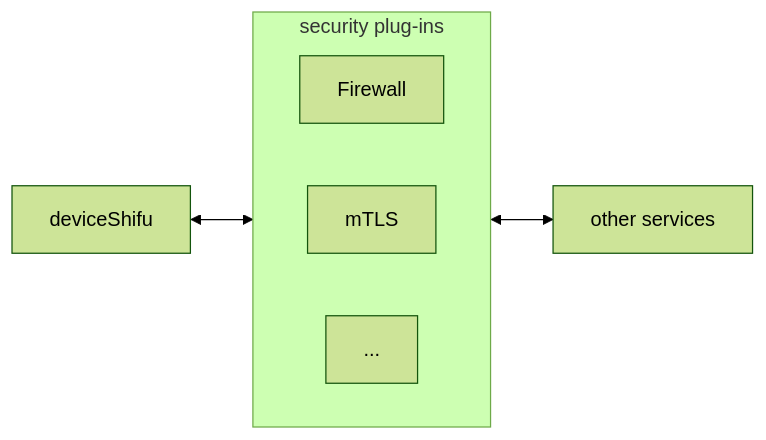
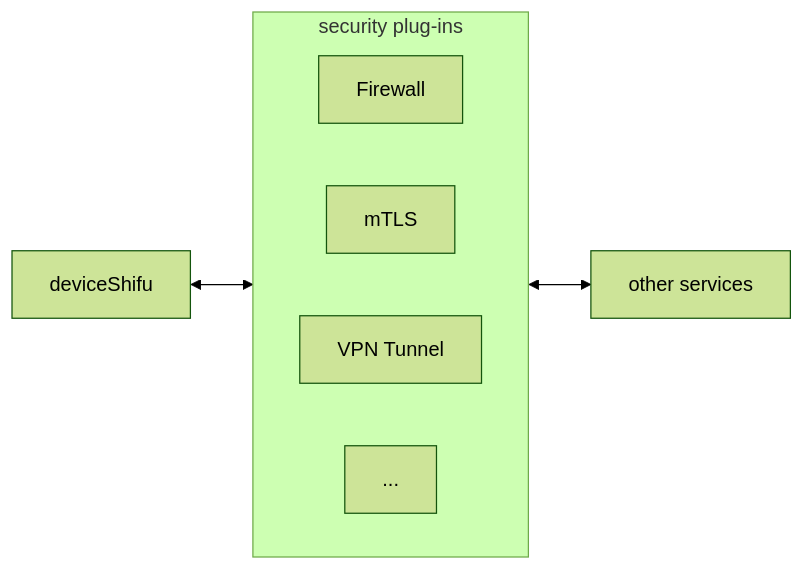
The fourth of 7 diagrams in docs/design/design-deviceShifu-zh.md (Edgenesis/shifu), drawn with Mermaid (forest theme) before and after one commit. The commit also changed other lines of this file, not shown here.

````diff
--- a/docs/design/design-deviceShifu-zh.md
+++ b/docs/design/design-deviceShifu-zh.md
@@ -80,12 +101,13 @@
 ```mermaid
     flowchart LR
     
     subgraph sg-pi[security plug-ins]
     direction LR
     fw[Firewall]
     mTLS[mTLS]
+    vpn[VPN Tunnel]
     dotsinsg-sg-pi[...]
     end
 
     ds[deviceShifu]<-->sg-pi<-->os[other services]
 ```
````
